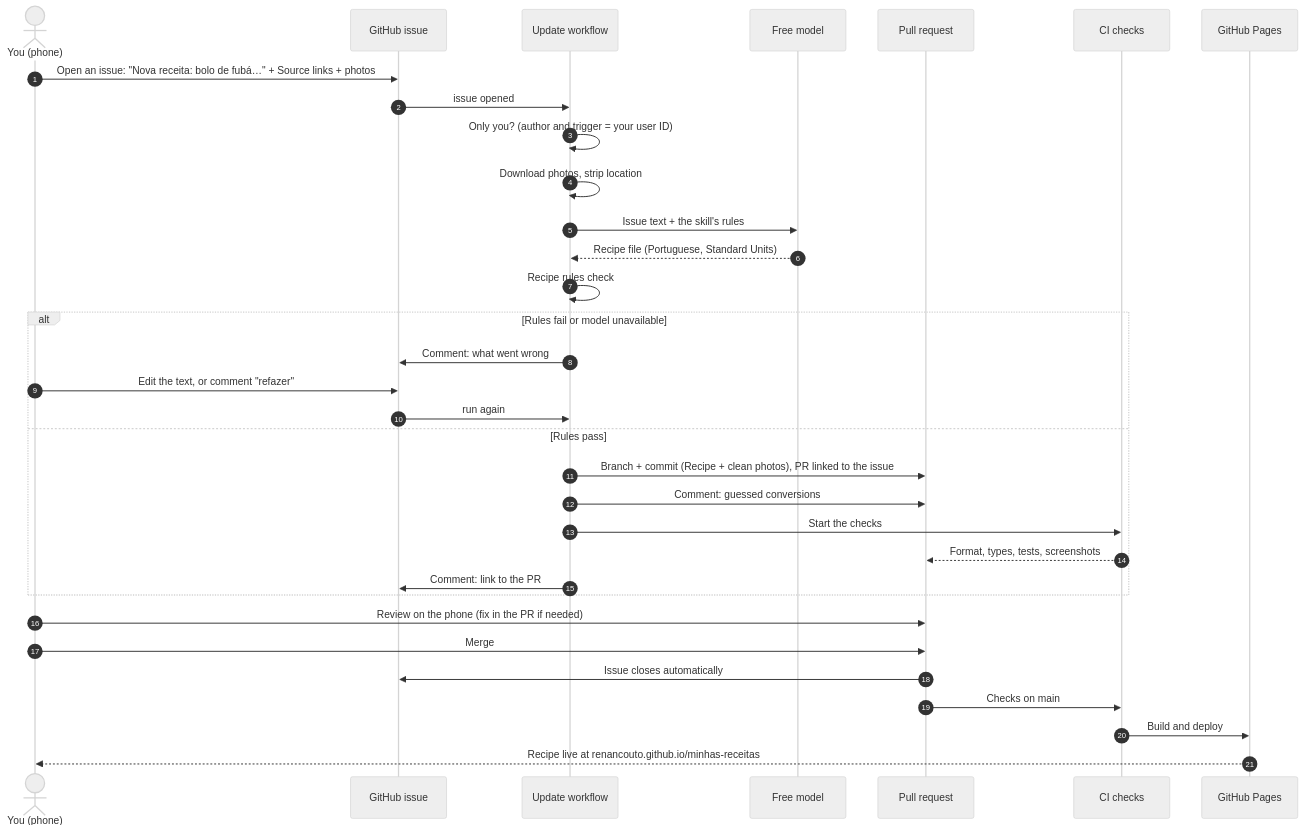
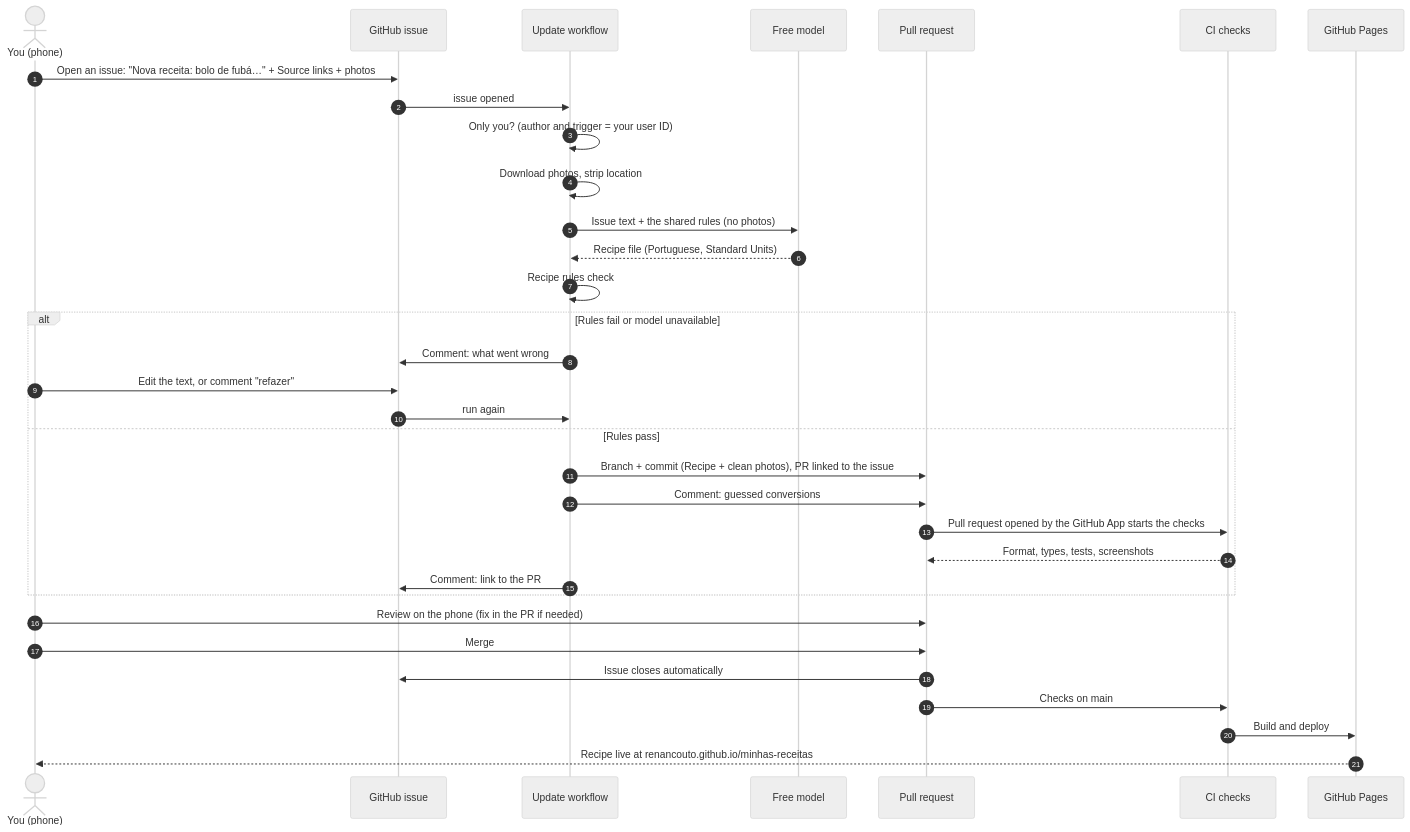
One commit to renancouto/caderno-de-receitas changed the diagram in .scratch/phone-requests/flow.md. Above: the diagram before and after it, drawn with Mermaid (neutral theme). The commit also changed 8 other files, not shown here.

First line of the commit message:
Confirm Requests facts and switch CI to a GitHub App (#22)

````diff
--- a/.scratch/phone-requests/flow.md
+++ b/.scratch/phone-requests/flow.md
@@ -3,36 +3,36 @@
 ```mermaid
 sequenceDiagram
   autonumber
   actor Owner as You (phone)
   participant Issue as GitHub issue
   participant Bot as Update workflow
   participant Model as Free model
   participant PR as Pull request
   participant CI as CI checks
   participant Site as GitHub Pages
 
   Owner->>Issue: Open an issue: "Nova receita: bolo de fubá…" + Source links + photos
   Issue->>Bot: issue opened
   Bot->>Bot: Only you? (author and trigger = your user ID)
   Bot->>Bot: Download photos, strip location
-  Bot->>Model: Issue text + the skill's rules
+  Bot->>Model: Issue text + the shared rules (no photos)
   Model-->>Bot: Recipe file (Portuguese, Standard Units)
   Bot->>Bot: Recipe rules check
   alt Rules fail or model unavailable
     Bot->>Issue: Comment: what went wrong
     Owner->>Issue: Edit the text, or comment "refazer"
     Issue->>Bot: run again
   else Rules pass
     Bot->>PR: Branch + commit (Recipe + clean photos), PR linked to the issue
     Bot->>PR: Comment: guessed conversions
-    Bot->>CI: Start the checks
+    PR->>CI: Pull request opened by the GitHub App starts the checks
     CI-->>PR: Format, types, tests, screenshots
     Bot->>Issue: Comment: link to the PR
   end
   Owner->>PR: Review on the phone (fix in the PR if needed)
   Owner->>PR: Merge
   PR->>Issue: Issue closes automatically
   PR->>CI: Checks on main
   CI->>Site: Build and deploy
   Site-->>Owner: Recipe live at renancouto.github.io/minhas-receitas
 ```
````
